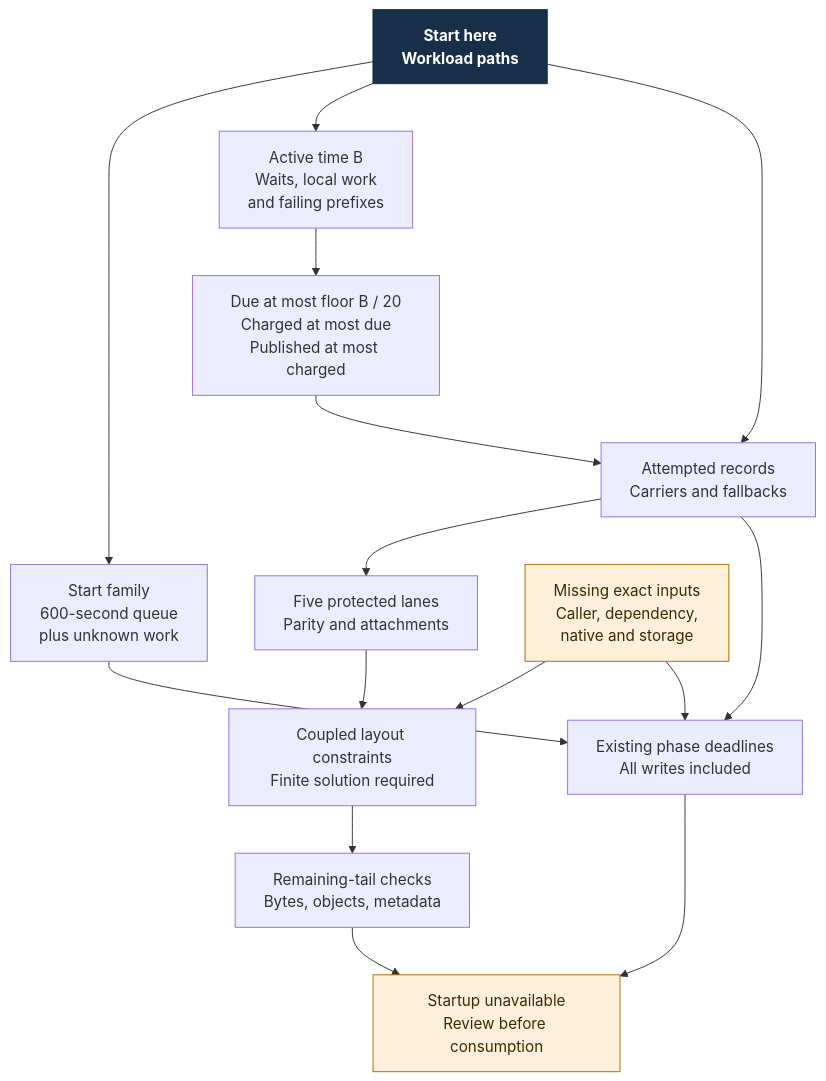
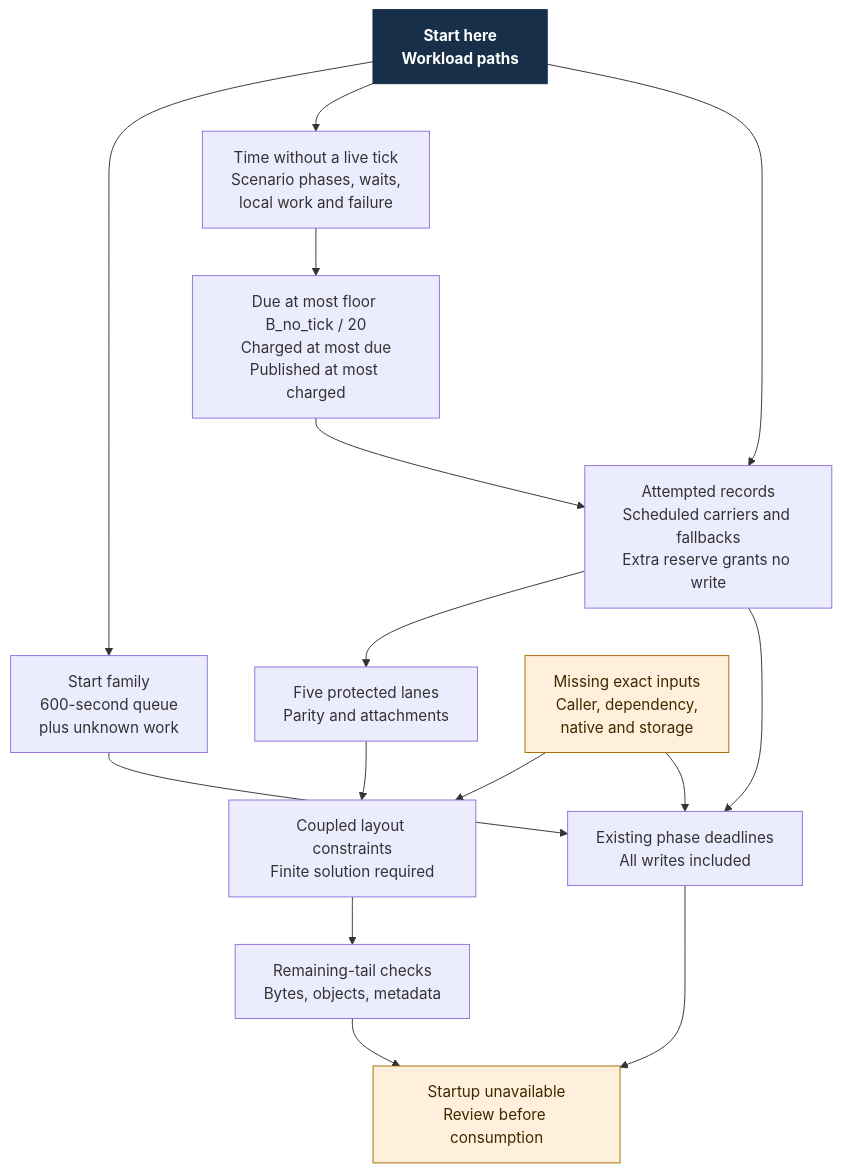
The diagram in docs/design/architecture/settings-activation/keepalive-accounting.mmd (Linkuistics/Koine), drawn with Mermaid before and after one commit. The commit also changed 18 other files, not shown here.

```diff
--- a/docs/design/architecture/settings-activation/keepalive-accounting.mmd
+++ b/docs/design/architecture/settings-activation/keepalive-accounting.mmd
@@ -1,28 +1,28 @@
 flowchart TD
   start["Start here<br/>Workload paths"]:::start
   stages["Start family<br/>600-second queue<br/>plus unknown work"]
-  active["Active time B<br/>Waits, local work<br/>and failing prefixes"]
-  ticks["Due at most floor B / 20<br/>Charged at most due<br/>Published at most charged"]
-  records["Attempted records<br/>Carriers and fallbacks"]
+  active["Time without a live tick<br/>Scenario phases, waits,<br/>local work and failure"]
+  ticks["Due at most floor B_no_tick / 20<br/>Charged at most due<br/>Published at most charged"]
+  records["Attempted records<br/>Scheduled carriers and fallbacks<br/>Extra reserve grants no write"]
   lanes["Five protected lanes<br/>Parity and attachments"]
   solve["Coupled layout constraints<br/>Finite solution required"]
   capacity["Remaining-tail checks<br/>Bytes, objects, metadata"]
   phase["Existing phase deadlines<br/>All writes included"]
   missing["Missing exact inputs<br/>Caller, dependency,<br/>native and storage"]:::held
   hold["Startup unavailable<br/>Review before consumption"]:::held
   start --> stages
   start --> active
   active --> ticks
   start --> records
   ticks --> records
   records --> lanes
   lanes --> solve
   solve --> capacity
   stages --> phase
   records --> phase
   missing --> solve
   missing --> phase
   capacity --> hold
   phase --> hold
   classDef start fill:#172f49,color:#fff,stroke:#172f49,font-weight:bold
   classDef held fill:#fff0db,color:#402800,stroke:#a76b00
```
